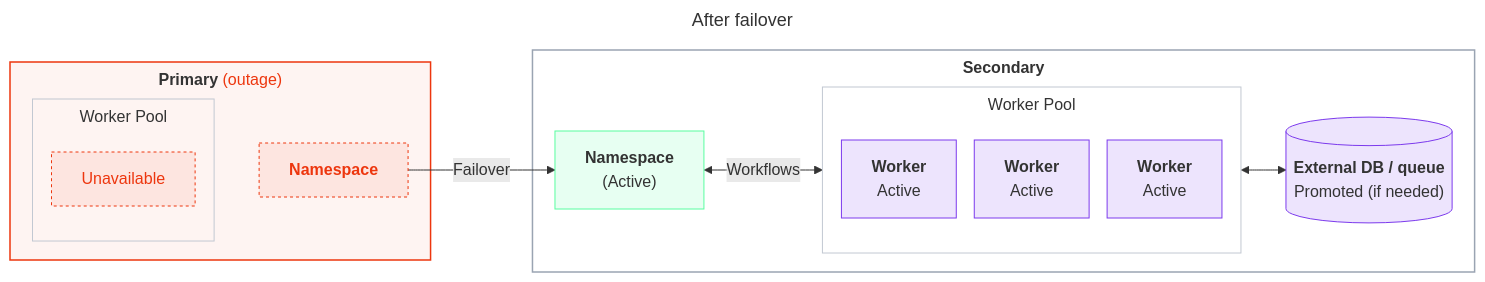
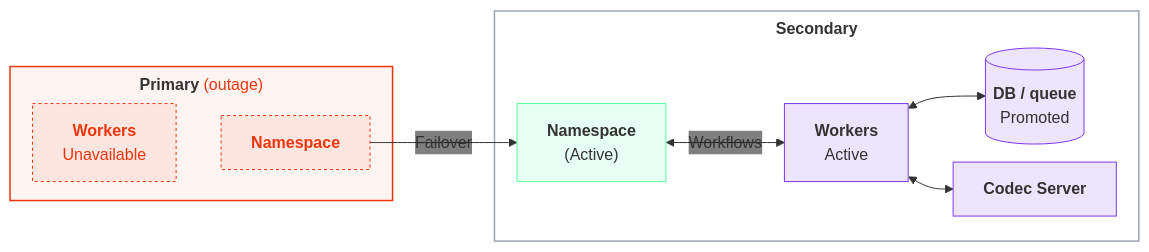
Diagram 15 of 19 in docs/cloud/high-availability/deployment-patterns.mdx (temporalio/documentation), drawn with Mermaid before and after one commit. The commit also changed other lines of this file, not shown here.

````diff
--- a/docs/cloud/high-availability/deployment-patterns.mdx
+++ b/docs/cloud/high-availability/deployment-patterns.mdx
@@ -440,36 +543,28 @@
 ```mermaid
----
-title: After failover
----
-%%{init: {'themeVariables':{'fontFamily':'Inter, ui-sans-serif, system-ui, sans-serif'},'flowchart':{'nodeSpacing':18,'rankSpacing':45,'curve':'basis','subGraphTitleMargin':{'top':6,'bottom':12}}}}%%
+%%{init: {'themeVariables':{'fontFamily':'Inter, ui-sans-serif, system-ui, sans-serif','edgeLabelBackground':'transparent'},'flowchart':{'nodeSpacing':18,'rankSpacing':45,'curve':'basis','subGraphTitleMargin':{'top':6,'bottom':12}}}}%%
 flowchart LR
     classDef worker fill:#7C3AED22,stroke:#7C3AED,stroke-width:1px;
     classDef ns fill:#59FDA024,stroke:#59FDA0,stroke-width:1px;
     classDef ext fill:#7C3AED22,stroke:#7C3AED,stroke-width:1px;
     classDef down fill:#ED360E14,stroke:#ED360E,stroke-width:1px,stroke-dasharray:3 3,color:#ED360E;
     classDef region fill:transparent,stroke:#9aa4b2,stroke-width:1.5px;
     classDef regiondown fill:#ED360E0D,stroke:#ED360E,stroke-width:1.5px;
     classDef pool fill:transparent,stroke:#c2c8d2,stroke-width:1px;
     subgraph DHFPRI["<b>Primary</b> <span style='color:#ED360E'>(outage)</span>"]
-      subgraph DHFWP["Worker Pool"]
-        DHFW1["Unavailable"]:::down
-      end
+      DHFWP["<b>Workers</b><br/>Unavailable"]:::down
       DHFNS["<b>Namespace</b>"]:::down
       DHFWP ~~~ DHFNS
     end
     subgraph DHFSEC["<b>Secondary</b>"]
       DHFN["<b>Namespace</b><br/>(Active)"]:::ns
-      subgraph DHFSP["Worker Pool"]
-        DHFSW1["<b>Worker</b><br/>Active"]:::worker
-        DHFSW2["<b>Worker</b><br/>Active"]:::worker
-        DHFSW3["<b>Worker</b><br/>Active"]:::worker
-      end
-      DHFDB2[("<b>External DB / queue</b><br/>Promoted (if needed)")]:::ext
+      DHFSP["<b>Workers</b><br/>Active"]:::worker
+      DHFDB2[("<b>DB / queue</b><br/>Promoted")]:::ext
+      DHFCODEC["<b>Codec Server</b>"]:::ext
       DHFN <-->|Workflows| DHFSP
       DHFSP <--> DHFDB2
+      DHFSP <--> DHFCODEC
     end
     DHFNS -->|"Failover"| DHFN
     class DHFPRI regiondown
     class DHFSEC region
-    class DHFWP,DHFSP pool
 ```
````
